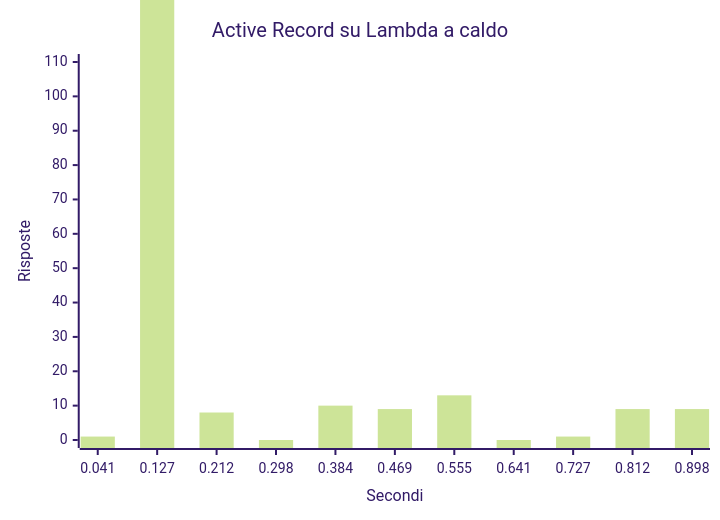
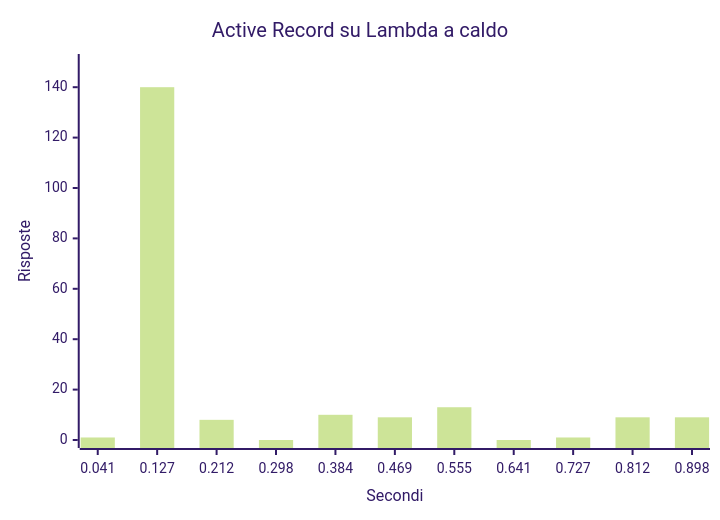
Before and after one commit to iacobucci/tesi-triennale: the ninth of 9 diagrams in 3-soluzioni_di_design.md, drawn with Mermaid (forest theme). The commit also changed other lines of this file and 4 other files, not shown here.

````diff
--- a/3-soluzioni_di_design.md
+++ b/3-soluzioni_di_design.md
@@ -375,7 +458,7 @@
 ```mermaid {height=4cm}
 xychart-beta
     title "Active Record su Lambda a caldo"
 	x-axis "Secondi" [ 0.041, 0.127, 0.212, 0.298, 0.384, 0.469, 0.555, 0.641, 0.727, 0.812, 0.898 ]
-    y-axis "Risposte" 0 --> 110
+    y-axis "Risposte" 0 --> 150
     bar [ 1, 140, 8, 0, 10, 9, 13, 0, 1, 9, 9 ]
 ```
````
